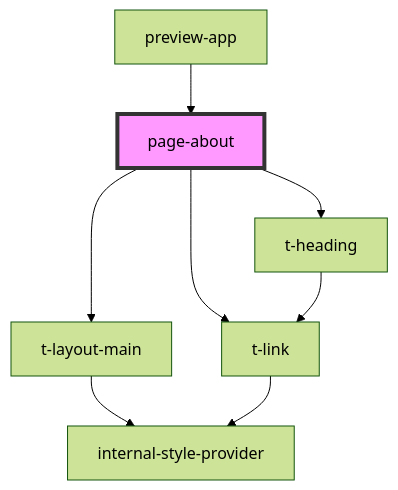
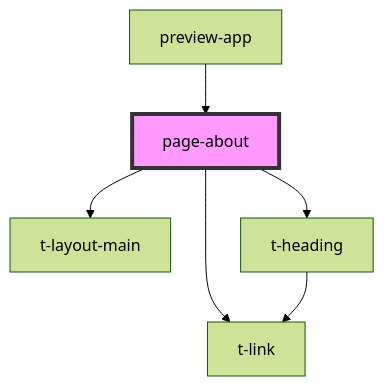
The diagram in packages/t-web-components/src/preview-app/page-about/readme.md (TomasEng/web-components), drawn with Mermaid (forest theme) before and after one commit. The commit also changed 63 other files, not shown here.

````diff
--- a/packages/t-web-components/src/preview-app/page-about/readme.md
+++ b/packages/t-web-components/src/preview-app/page-about/readme.md
@@ -21,11 +21,9 @@
 ```mermaid
 graph TD;
   page-about --> t-layout-main
   page-about --> t-heading
   page-about --> t-link
-  t-layout-main --> internal-style-provider
   t-heading --> t-link
-  t-link --> internal-style-provider
   preview-app --> page-about
   style page-about fill:#f9f,stroke:#333,stroke-width:4px
 ```
````
